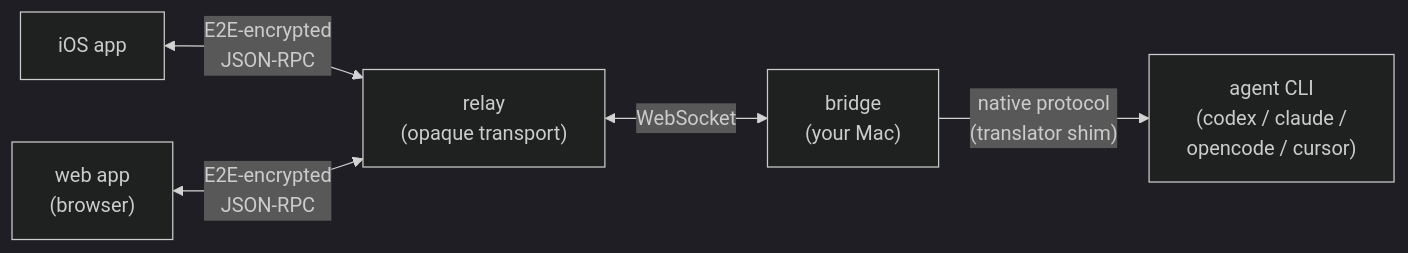
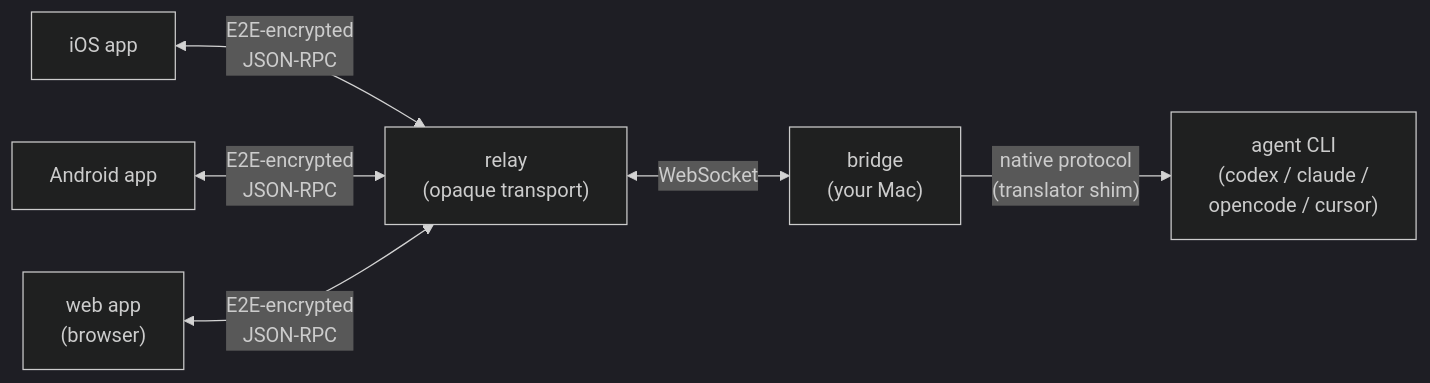
Before and after one commit to smeltery/agnt: the diagram in README.md, drawn with Mermaid (dark theme). The commit also changed other lines of this file and 395 other files, not shown here.

````diff
--- a/README.md
+++ b/README.md
@@ -14,13 +15,15 @@
 ```mermaid
 flowchart LR
     iOS["iOS app"]
+    Android["Android app"]
     Web["web app<br/>(browser)"]
     Relay["relay<br/>(opaque transport)"]
     Bridge["bridge<br/>(your Mac)"]
     CLI["agent CLI<br/>(codex / claude /<br/>opencode / cursor)"]
 
     iOS <-->|"E2E-encrypted<br/>JSON-RPC"| Relay
+    Android <-->|"E2E-encrypted<br/>JSON-RPC"| Relay
     Web <-->|"E2E-encrypted<br/>JSON-RPC"| Relay
     Relay <-->|"WebSocket"| Bridge
     Bridge -->|"native protocol<br/>(translator shim)"| CLI
 ```
````
